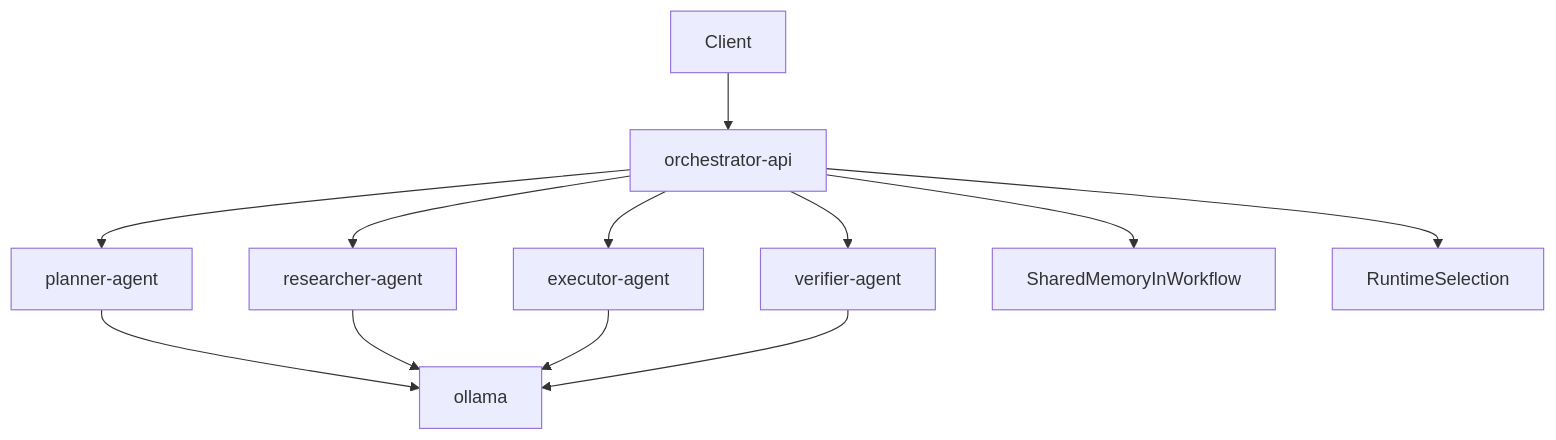
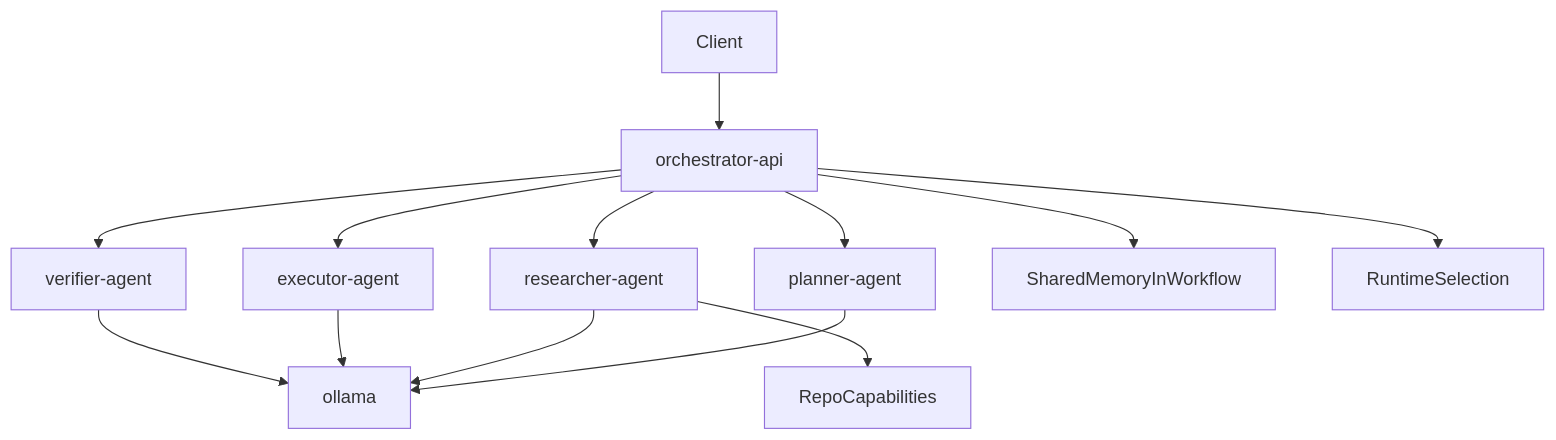
One commit to AdWav/orchestrateur changed the diagram in docs/architecture.md. Above: the diagram before and after it, drawn with Mermaid. The commit also changed other lines of this file and 16 other files, not shown here.

````diff
--- a/docs/architecture.md
+++ b/docs/architecture.md
@@ -27,14 +30,15 @@
 ```mermaid
 flowchart TD
     client[Client] --> orchestrator[orchestrator-api]
     orchestrator --> planner[planner-agent]
     orchestrator --> researcher[researcher-agent]
     orchestrator --> executor[executor-agent]
     orchestrator --> verifier[verifier-agent]
     planner --> ollama[ollama]
     researcher --> ollama
     executor --> ollama
     verifier --> ollama
+    researcher --> repoCapabilities[RepoCapabilities]
     orchestrator --> memory[SharedMemoryInWorkflow]
     orchestrator --> runtime[RuntimeSelection]
 ```
````
